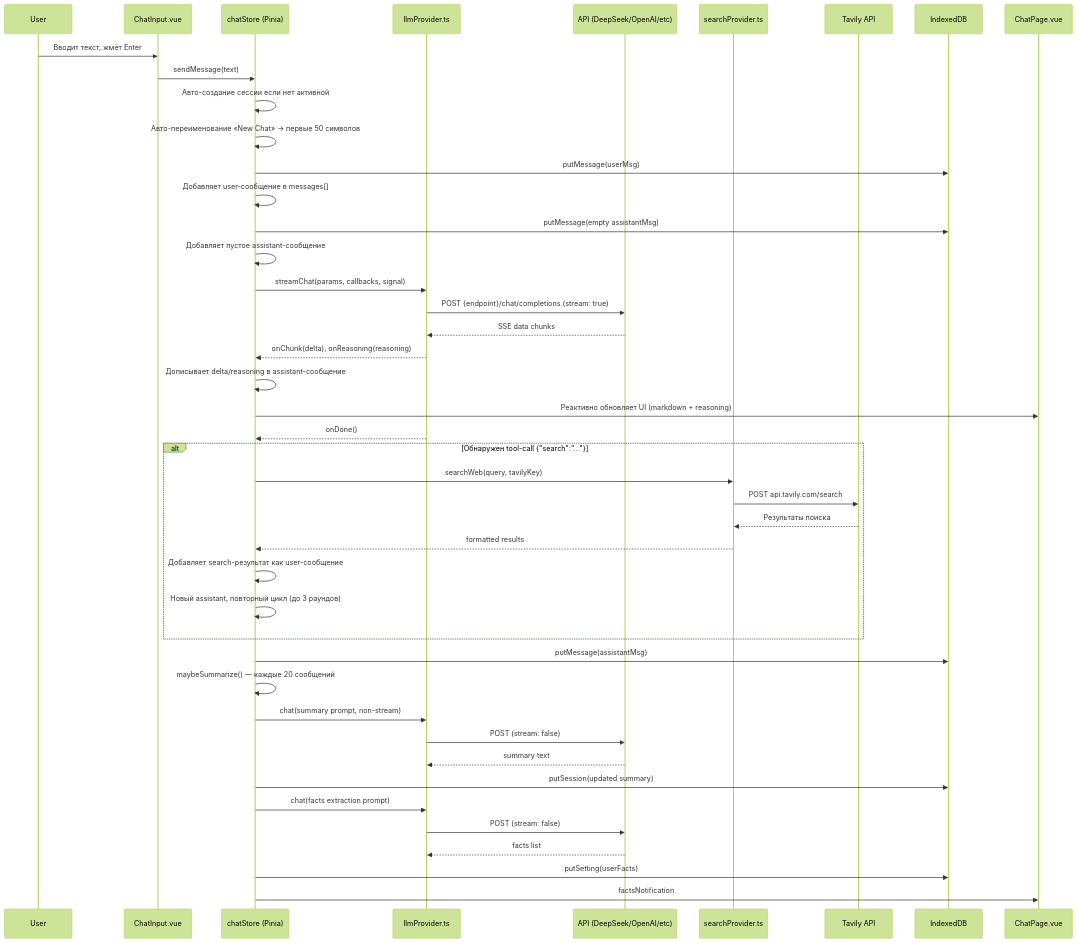
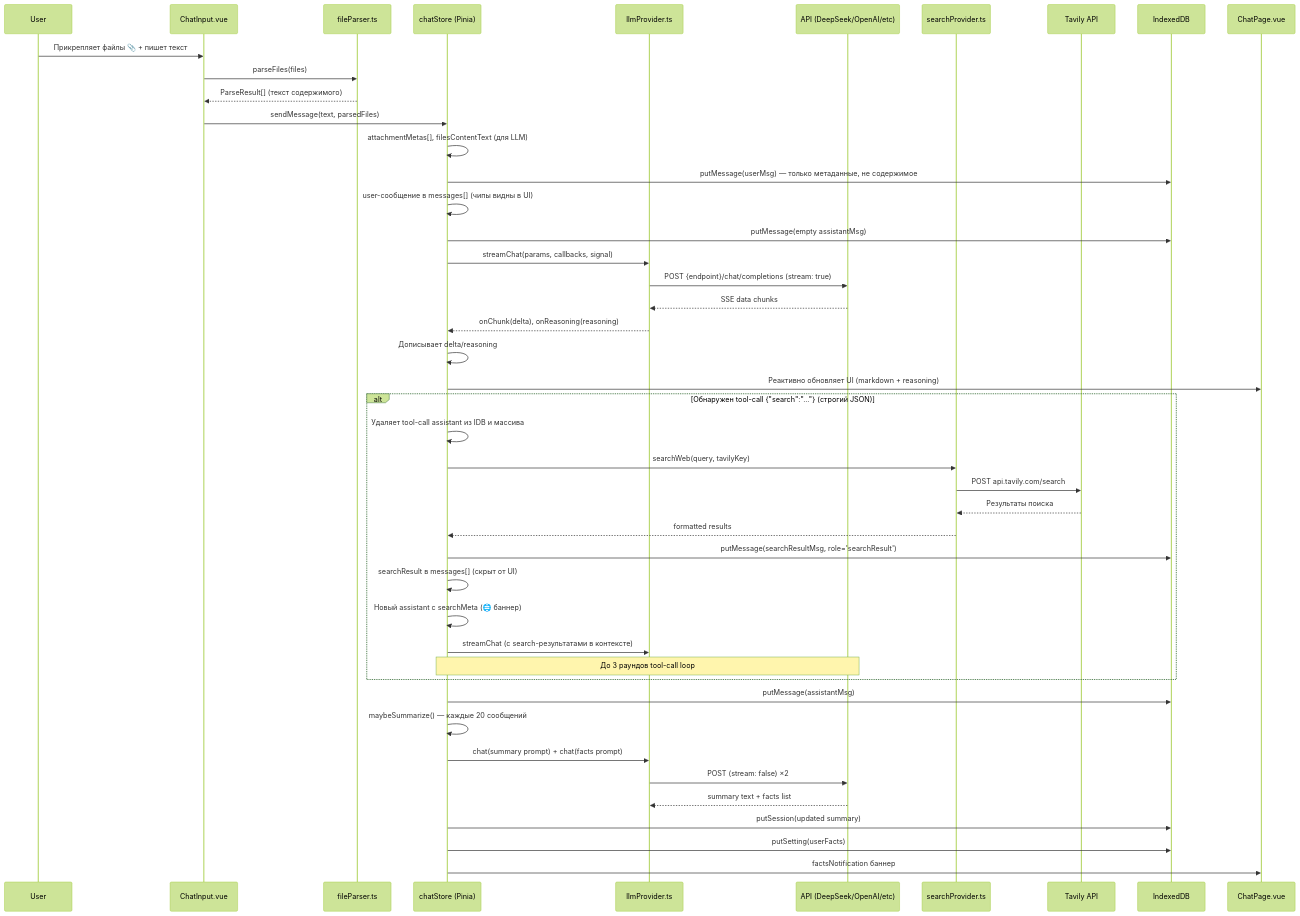
One commit to bobbjedi/openai-compatible-chat changed the diagram in quasar-deepseek-chat.md. Above: the diagram before and after it, drawn with Mermaid (forest theme). The commit also changed other lines of this file and 1 other file, not shown here.

````diff
--- a/quasar-deepseek-chat.md
+++ b/quasar-deepseek-chat.md
@@ -90,49 +95,50 @@
 ```mermaid
 sequenceDiagram
     participant U as User
     participant CI as ChatInput.vue
+    participant FP as fileParser.ts
     participant CS as chatStore (Pinia)
     participant LP as llmProvider.ts
     participant API as API (DeepSeek/OpenAI/etc)
     participant SP as searchProvider.ts
     participant TAV as Tavily API
     participant IDB as IndexedDB
     participant CP as ChatPage.vue
 
-    U->>CI: Вводит текст, жмёт Enter
-    CI->>CS: sendMessage(text)
-    CS->>CS: Авто-создание сессии если нет активной
-    CS->>CS: Авто-переименование «New Chat» → первые 50 символов
-    CS->>IDB: putMessage(userMsg)
-    CS->>CS: Добавляет user-сообщение в messages[]
+    U->>CI: Прикрепляет файлы 📎 + пишет текст
+    CI->>FP: parseFiles(files)
+    FP-->>CI: ParseResult[] (текст содержимого)
+    CI->>CS: sendMessage(text, parsedFiles)
+    CS->>CS: attachmentMetas[], filesContentText (для LLM)
+    CS->>IDB: putMessage(userMsg) — только метаданные, не содержимое
+    CS->>CS: user-сообщение в messages[] (чипы видны в UI)
     CS->>IDB: putMessage(empty assistantMsg)
-    CS->>CS: Добавляет пустое assistant-сообщение
     CS->>LP: streamChat(params, callbacks, signal)
     LP->>API: POST {endpoint}/chat/completions (stream: true)
     API-->>LP: SSE data chunks
     LP-->>CS: onChunk(delta), onReasoning(reasoning)
-    CS->>CS: Дописывает delta/reasoning в assistant-сообщение
+    CS->>CS: Дописывает delta/reasoning
     CS->>CP: Реактивно обновляет UI (markdown + reasoning)
-    LP-->>CS: onDone()
 
-    alt Обнаружен tool-call {"search":"..."}
+    alt Обнаружен tool-call {"search":"..."} (строгий JSON)
+        CS->>CS: Удаляет tool-call assistant из IDB и массива
         CS->>SP: searchWeb(query, tavilyKey)
         SP->>TAV: POST api.tavily.com/search
         TAV-->>SP: Результаты поиска
         SP-->>CS: formatted results
-        CS->>CS: Добавляет search-результат как user-сообщение
-        CS->>CS: Новый assistant, повторный цикл (до 3 раундов)
+        CS->>IDB: putMessage(searchResultMsg, role='searchResult')
+        CS->>CS: searchResult в messages[] (скрыт от UI)
+        CS->>CS: Новый assistant с searchMeta (🌐 баннер)
+        CS->>LP: streamChat (с search-результатами в контексте)
+        Note over CS,API: До 3 раундов tool-call loop
     end
 
     CS->>IDB: putMessage(assistantMsg)
     CS->>CS: maybeSummarize() — каждые 20 сообщений
-    CS->>LP: chat(summary prompt, non-stream)
-    LP->>API: POST (stream: false)
-    API-->>LP: summary text
+    CS->>LP: chat(summary prompt) + chat(facts prompt)
+    LP->>API: POST (stream: false) ×2
+    API-->>LP: summary text + facts list
     CS->>IDB: putSession(updated summary)
-    CS->>LP: chat(facts extraction prompt)
-    LP->>API: POST (stream: false)
-    API-->>LP: facts list
     CS->>IDB: putSetting(userFacts)
-    CS->>CP: factsNotification
+    CS->>CP: factsNotification баннер
 ```
````
